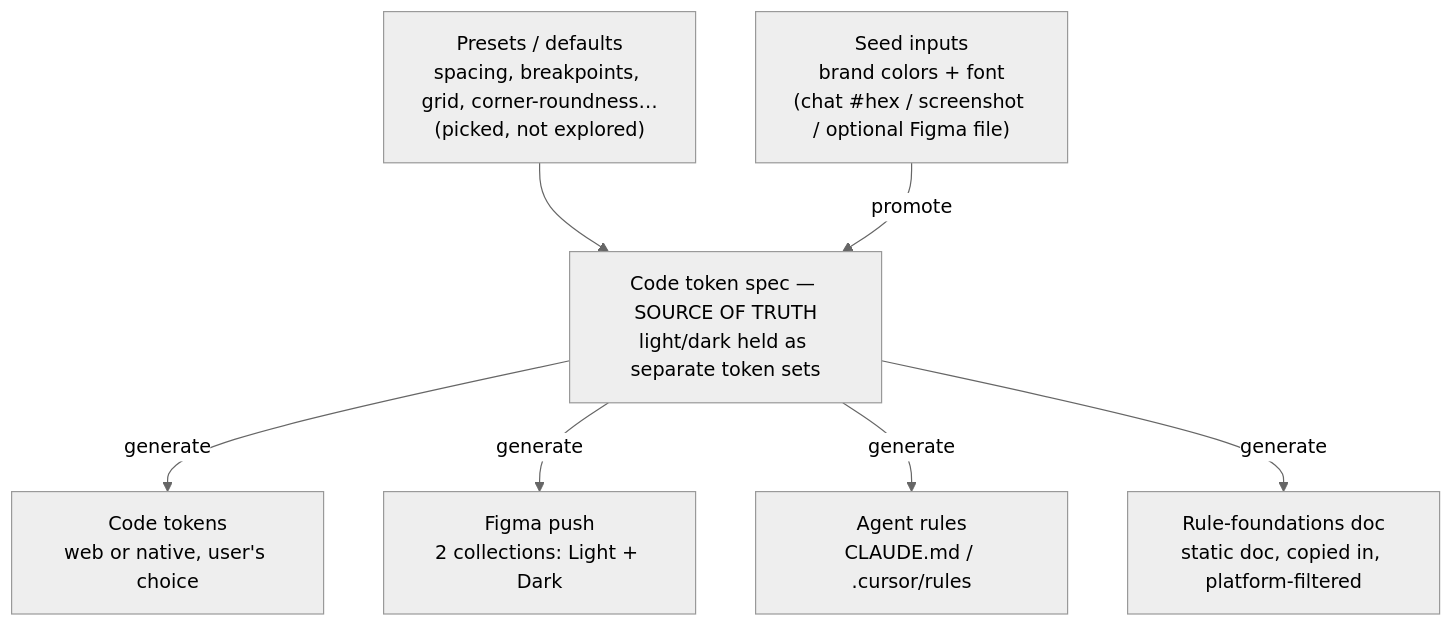
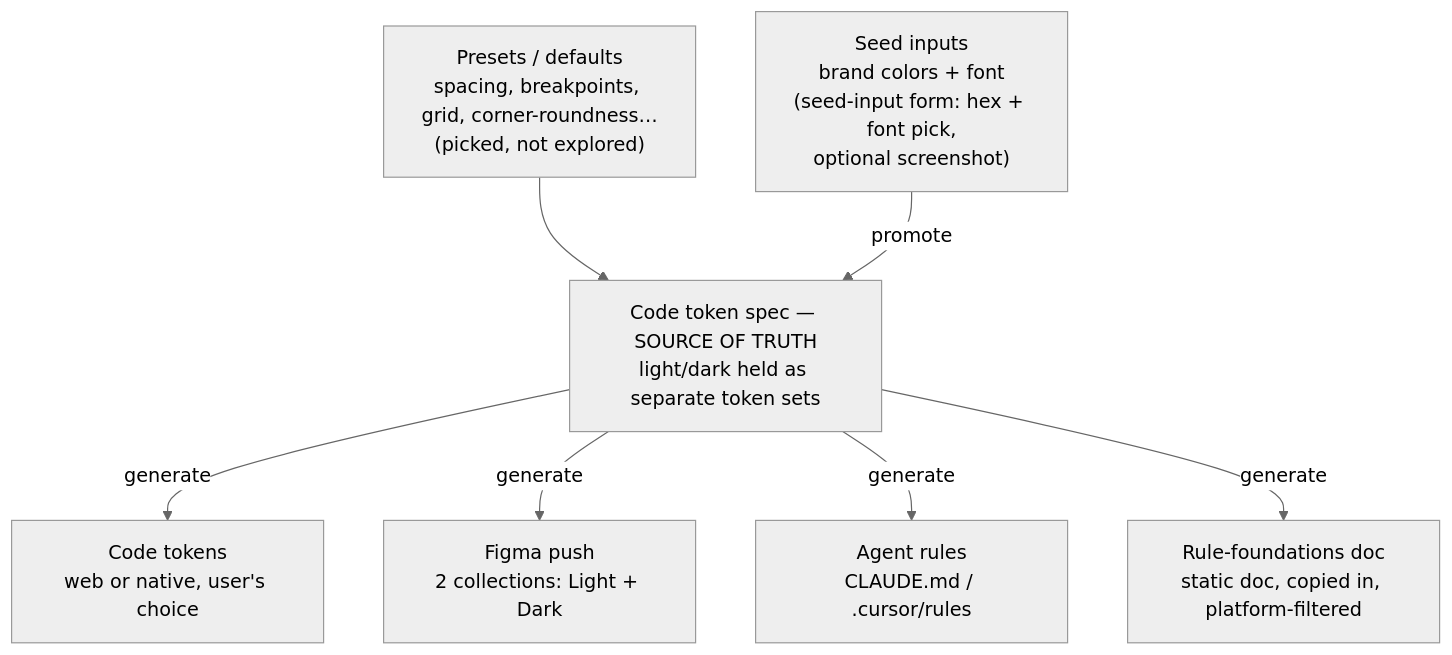
Before and after one commit to graphicalmike-ops/Scaffolded-Design-System-Generation-Tool-SDSGT: the second of 4 diagrams in pipeline-plan.md, drawn with Mermaid (neutral theme). The commit also changed other lines of this file and 2 other files, not shown here.

````diff
--- a/pipeline-plan.md
+++ b/pipeline-plan.md
@@ -78,17 +78,17 @@
 ```mermaid
 flowchart TD
     presets["Presets / defaults<br/>spacing, breakpoints, grid, corner-roundness…<br/>(picked, not explored)"]
-    seeds["Seed inputs<br/>brand colors + font<br/>(chat #hex / screenshot / optional Figma file)"]
+    seeds["Seed inputs<br/>brand colors + font<br/>(seed-input form: hex + font pick,<br/>optional screenshot)"]
     spec["Code token spec — SOURCE OF TRUTH<br/>light/dark held as separate token sets"]
     codeTokens["Code tokens<br/>web or native, user's choice"]
     figmaPush["Figma push<br/>2 collections: Light + Dark"]
     agentRules["Agent rules<br/>CLAUDE.md / .cursor/rules"]
     rulesDoc["Rule-foundations doc<br/>static doc, copied in, platform-filtered"]
 
     presets --> spec
     seeds -->|promote| spec
     spec -->|generate| codeTokens
     spec -->|generate| figmaPush
     spec -->|generate| agentRules
     spec -->|generate| rulesDoc
 ```
````
